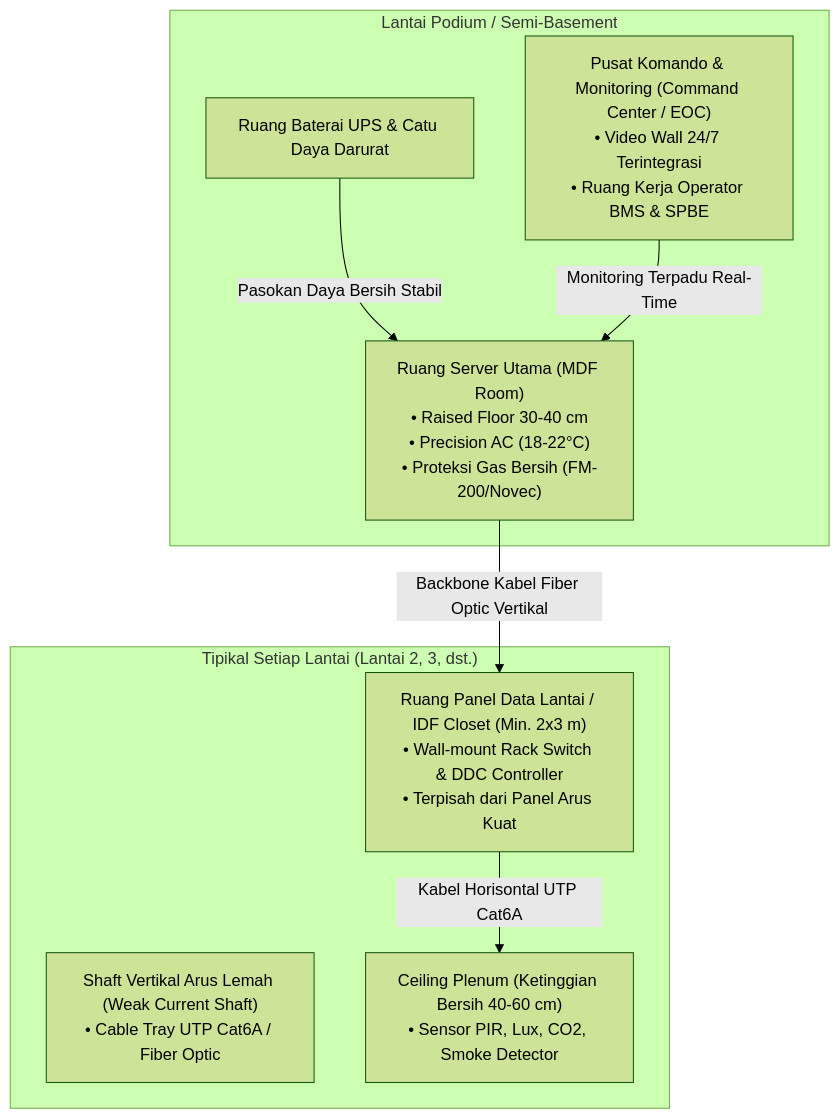
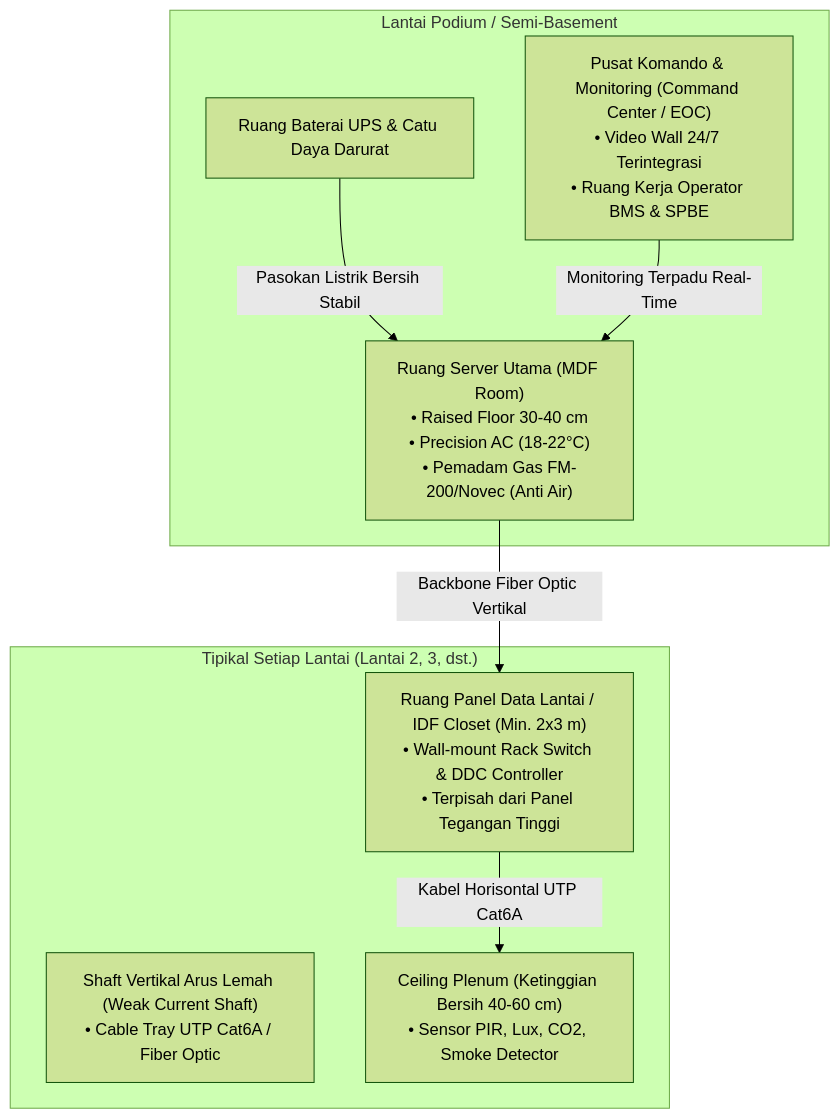
One commit to antonprafanto/thesis-consultation changed the second of 2 diagrams in audit_mahasiswa/laporan_audit_seminar_arsitektur_arya_rizqi_putra_mahardika.md. Above: the diagram before and after it, drawn with Mermaid (forest theme). The commit also changed other lines of this file, not shown here.

````diff
--- a/audit_mahasiswa/laporan_audit_seminar_arsitektur_arya_rizqi_putra_mahardika.md
+++ b/audit_mahasiswa/laporan_audit_seminar_arsitektur_arya_rizqi_putra_mahardika.md
@@ -199,19 +169,19 @@
 ```mermaid
 flowchart TD
     subgraph LANTAI_PODIUM["Lantai Podium / Semi-Basement"]
-        MDF["Ruang Server Utama (MDF Room)<br/>• Raised Floor 30-40 cm<br/>• Precision AC (18-22°C)<br/>• Proteksi Gas Bersih (FM-200/Novec)"]
+        MDF["Ruang Server Utama (MDF Room)<br/>• Raised Floor 30-40 cm<br/>• Precision AC (18-22°C)<br/>• Pemadam Gas FM-200/Novec (Anti Air)"]
         UPS["Ruang Baterai UPS & Catu Daya Darurat"]
         EOC["Pusat Komando & Monitoring (Command Center / EOC)<br/>• Video Wall 24/7 Terintegrasi<br/>• Ruang Kerja Operator BMS & SPBE"]
     end
     
     subgraph SETIAP_LANTAI_GEDUNG["Tipikal Setiap Lantai (Lantai 2, 3, dst.)"]
-        IDF["Ruang Panel Data Lantai / IDF Closet (Min. 2x3 m)<br/>• Wall-mount Rack Switch & DDC Controller<br/>• Terpisah dari Panel Arus Kuat"]
+        IDF["Ruang Panel Data Lantai / IDF Closet (Min. 2x3 m)<br/>• Wall-mount Rack Switch & DDC Controller<br/>• Terpisah dari Panel Tegangan Tinggi"]
         SHAFT["Shaft Vertikal Arus Lemah (Weak Current Shaft)<br/>• Cable Tray UTP Cat6A / Fiber Optic"]
         PLENUM["Ceiling Plenum (Ketinggian Bersih 40-60 cm)<br/>• Sensor PIR, Lux, CO2, Smoke Detector"]
     end
 
-    MDF -->|Backbone Kabel Fiber Optic Vertikal| IDF
-    UPS -->|Pasokan Daya Bersih Stabil| MDF
+    MDF -->|Backbone Fiber Optic Vertikal| IDF
+    UPS -->|Pasokan Listrik Bersih Stabil| MDF
     IDF -->|Kabel Horisontal UTP Cat6A| PLENUM
     EOC -->|Monitoring Terpadu Real-Time| MDF
 ```
````
